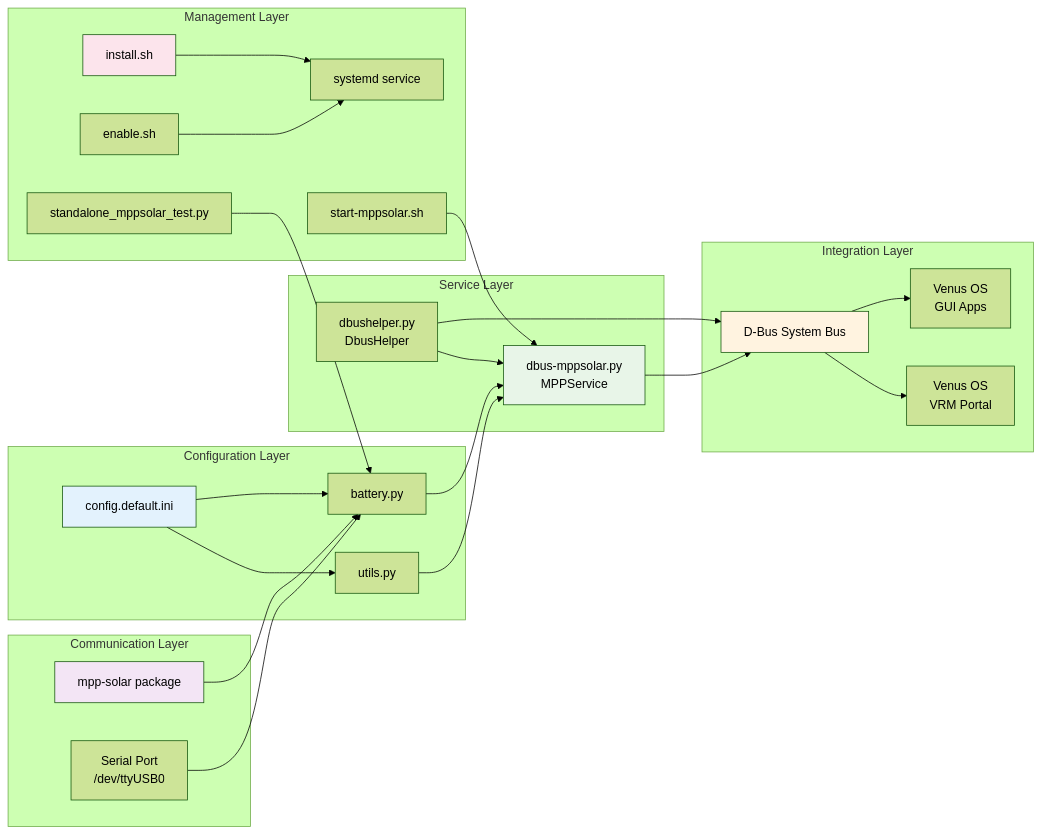
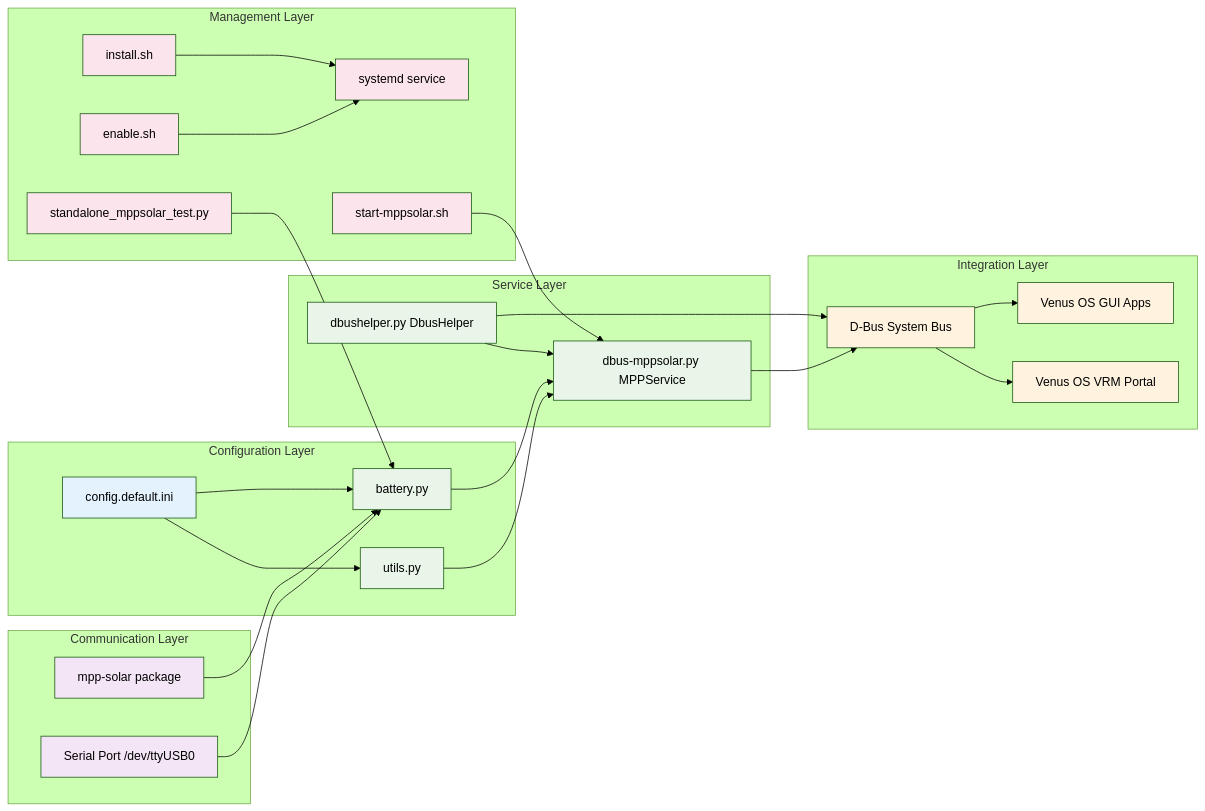
The fourth of 4 diagrams in README.md (spacecabbie/dbus-mppsolarv2), drawn with Mermaid (forest theme) before and after one commit. The commit also changed other lines of this file, not shown here.

Commit message:
Fix Mermaid diagram parsing errors by removing emojis and using proper syntax - commit by: Grok

````diff
--- a/README.md
+++ b/README.md
@@ -401,38 +407,44 @@
 ```mermaid
 graph LR
     subgraph "Configuration Layer"
-        CFG[config.default.ini] --> U[utils.py]
-        CFG --> B[battery.py]
+        CFG["config.default.ini"] --> U["utils.py"]
+        CFG --> B["battery.py"]
     end
 
     subgraph "Communication Layer"
-        MPP[mpp-solar package] --> B
-        SERIAL[Serial Port<br/>/dev/ttyUSB0] --> B
+        MPP["mpp-solar package"] --> B
+        SERIAL["Serial Port /dev/ttyUSB0"] --> B
     end
 
     subgraph "Service Layer"
-        B --> S[dbus-mppsolar.py<br/>MPPService]
+        B --> S["dbus-mppsolar.py MPPService"]
         U --> S
-        D[dbushelper.py<br/>DbusHelper] --> S
+        D["dbushelper.py DbusHelper"] --> S
     end
 
     subgraph "Integration Layer"
-        S --> DBUS[D-Bus System Bus]
+        S --> DBUS["D-Bus System Bus"]
         D --> DBUS
-        DBUS --> VRM[Venus OS<br/>VRM Portal]
-        DBUS --> GUI[Venus OS<br/>GUI Apps]
+        DBUS --> VRM["Venus OS VRM Portal"]
+        DBUS --> GUI["Venus OS GUI Apps"]
     end
 
     subgraph "Management Layer"
-        INST[install.sh] --> SYS[systemd service]
-        EN[enable.sh] --> SYS
-        START[start-mppsolar.sh] --> S
-        TEST[standalone_mppsolar_test.py] --> B
+        INST["install.sh"] --> SYS["systemd service"]
+        EN["enable.sh"] --> SYS
+        START["start-mppsolar.sh"] --> S
+        TEST["standalone_mppsolar_test.py"] --> B
     end
 
-    style CFG fill:#e3f2fd
-    style MPP fill:#f3e5f5
-    style S fill:#e8f5e8
-    style DBUS fill:#fff3e0
-    style INST fill:#fce4ec
+    classDef config fill:#e3f2fd
+    classDef comm fill:#f3e5f5
+    classDef service fill:#e8f5e8
+    classDef integration fill:#fff3e0
+    classDef management fill:#fce4ec
+
+    class CFG config
+    class MPP,SERIAL comm
+    class B,U,S,D service
+    class DBUS,VRM,GUI integration
+    class INST,EN,START,TEST,SYS management
 ```
````
